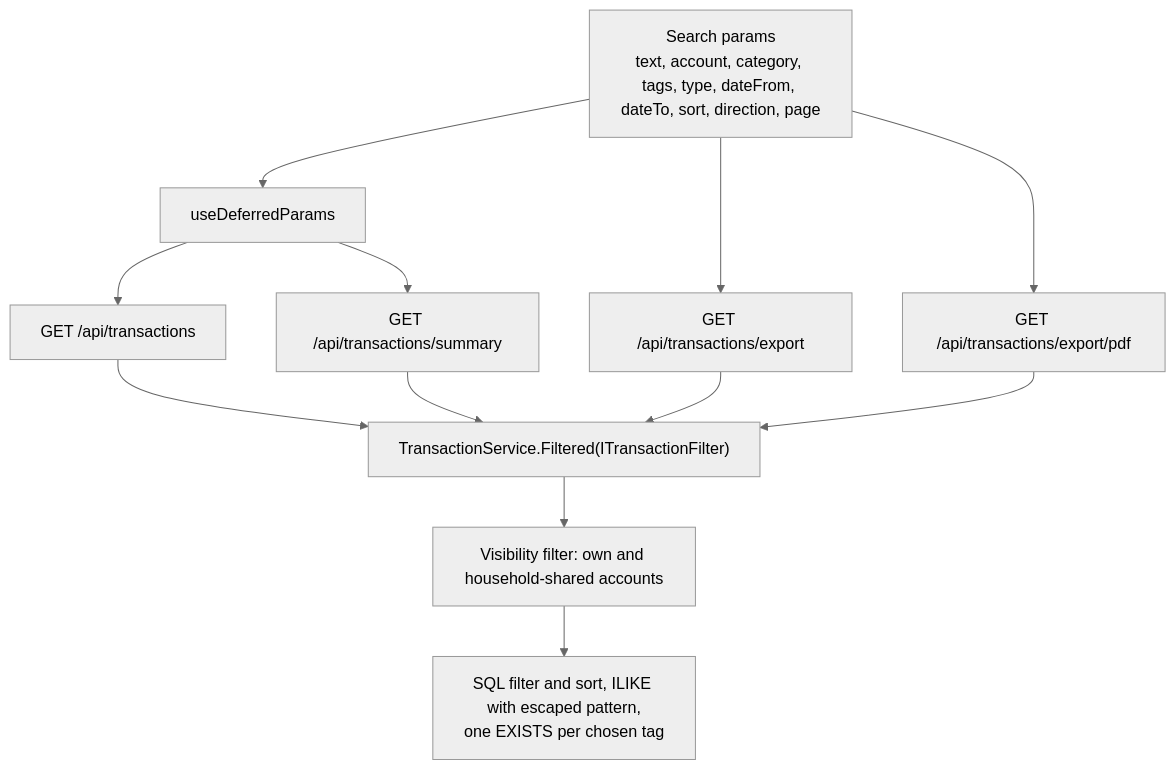
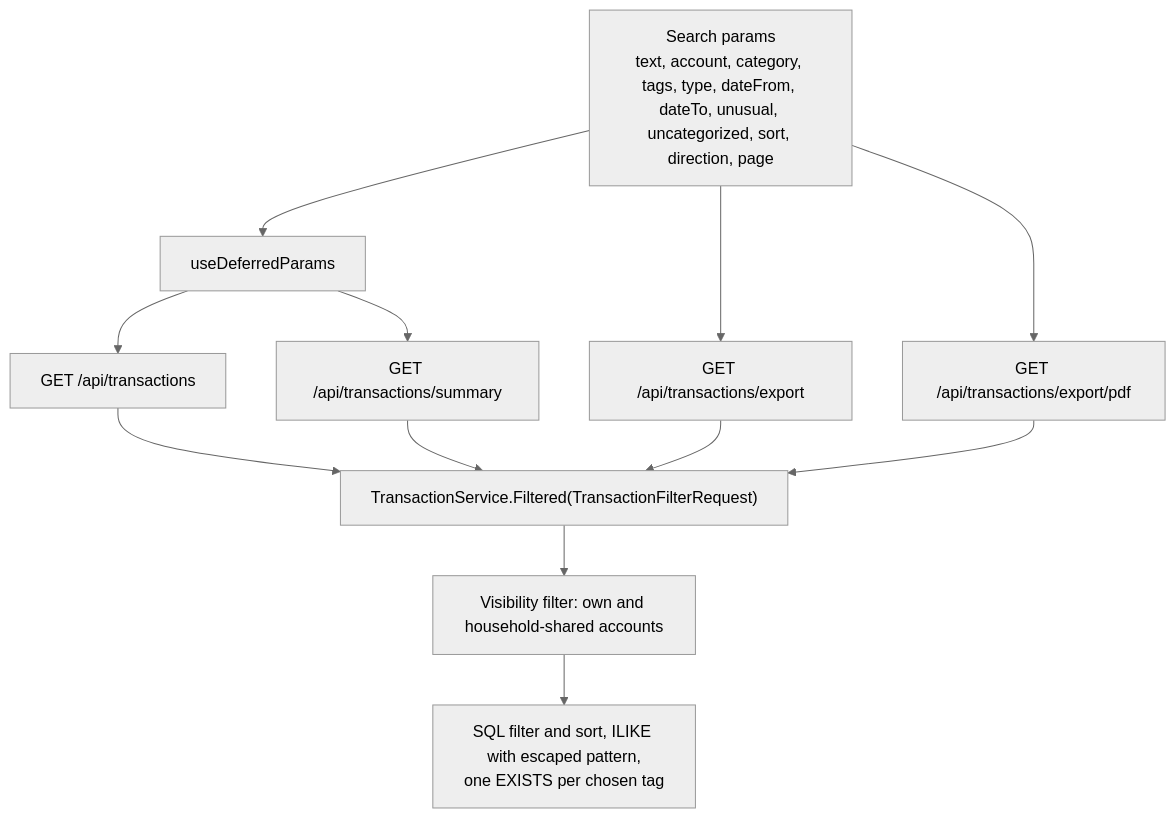
The first of 5 diagrams in docs/features/transactions.md (Justxs/Jx-Finance), drawn with Mermaid (neutral theme) before and after one commit. The commit also changed other lines of this file and 76 other files, not shown here.

````diff
--- a/docs/features/transactions.md
+++ b/docs/features/transactions.md
@@ -7,14 +7,14 @@
 ```mermaid
 flowchart TD
-    Url["Search params<br/>text, account, category, tags, type, dateFrom, dateTo, sort, direction, page"] --> Defer["useDeferredParams"]
+    Url["Search params<br/>text, account, category, tags, type, dateFrom, dateTo, unusual, uncategorized, sort, direction, page"] --> Defer["useDeferredParams"]
     Defer --> List["GET /api/transactions"]
     Defer --> Summary["GET /api/transactions/summary"]
     Url --> Csv["GET /api/transactions/export"]
     Url --> Pdf["GET /api/transactions/export/pdf"]
-    List --> F["TransactionService.Filtered(ITransactionFilter)"]
+    List --> F["TransactionService.Filtered(TransactionFilterRequest)"]
     Summary --> F
     Csv --> F
     Pdf --> F
     F --> Vis["Visibility filter: own and household-shared accounts"]
     Vis --> Sql["SQL filter and sort, ILIKE with escaped pattern,<br/>one EXISTS per chosen tag"]
 ```
````
